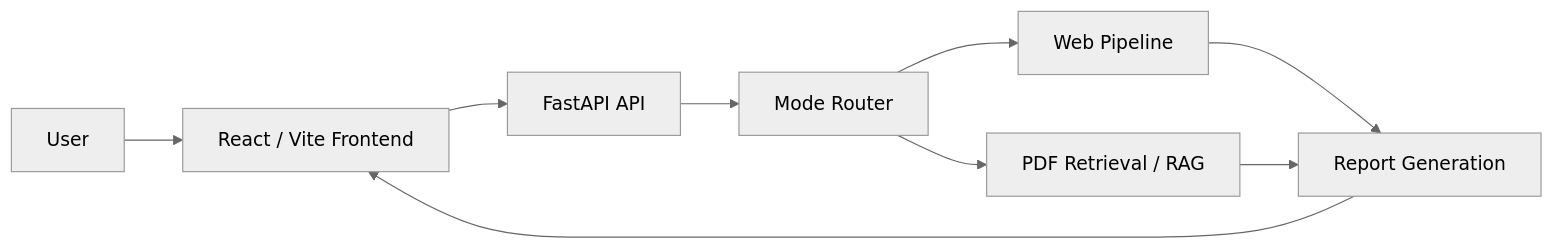
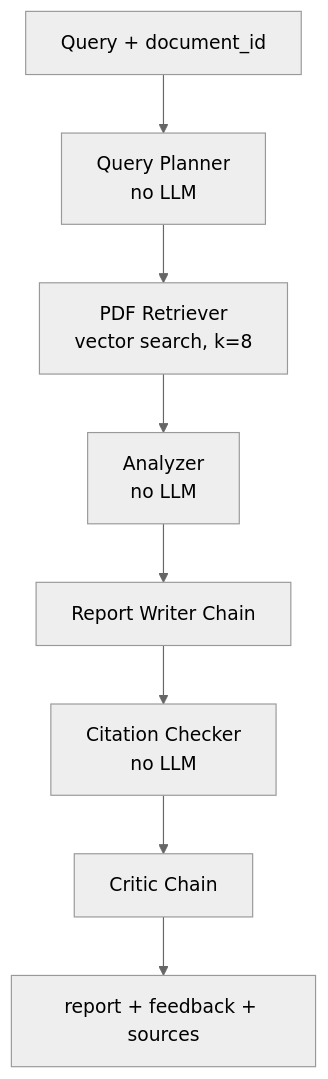
The fourth of 7 diagrams in README.md (sumitabh-ahirwar/Researchos), drawn with Mermaid (neutral theme) before and after one commit. The commit also changed other lines of this file, not shown here.

````diff
--- a/README.md
+++ b/README.md
@@ -20,11 +245,10 @@
 ```mermaid
-flowchart LR
-  U[User] --> F[React / Vite Frontend]
-  F --> A[FastAPI API]
-  A --> R[Mode Router]
-  R --> W[Web Pipeline]
-  R --> P[PDF Retrieval / RAG]
-  W --> G[Report Generation]
-  P --> G
-  G --> F
+flowchart TB
+    Q[Query + document_id] --> P[Query Planner<br/>no LLM]
+    P --> R[PDF Retriever<br/>vector search, k=8]
+    R --> A[Analyzer<br/>no LLM]
+    A --> W[Report Writer Chain]
+    W --> C[Citation Checker<br/>no LLM]
+    C --> K[Critic Chain]
+    K --> O[report + feedback + sources]
 ```
````
